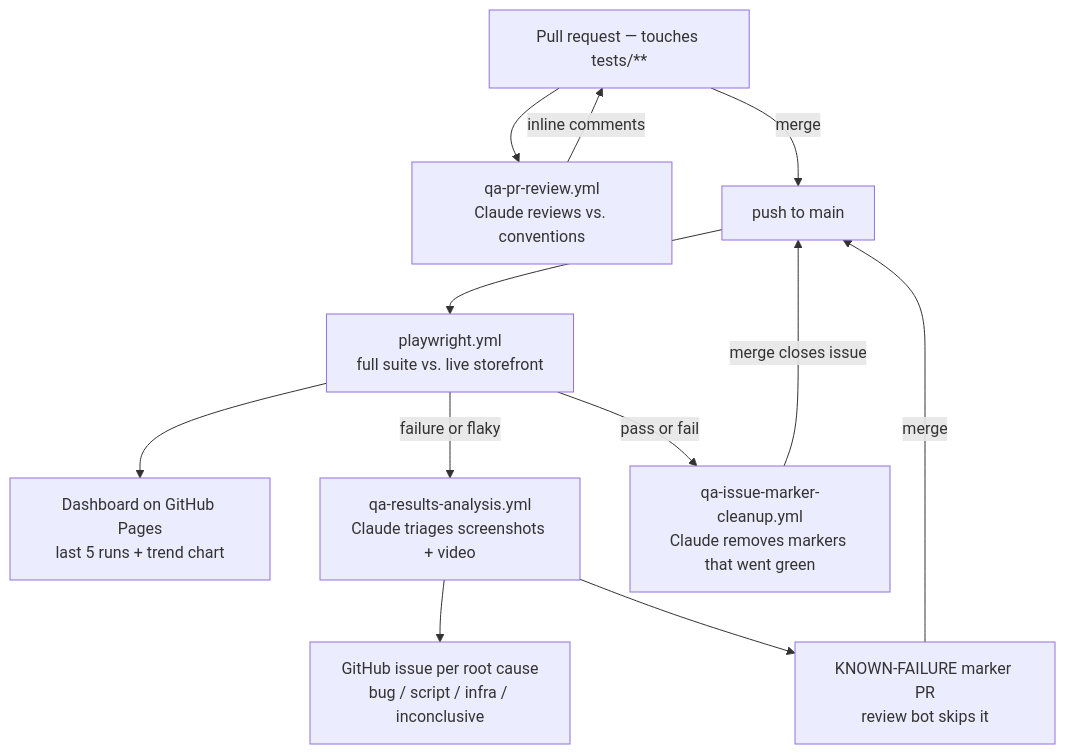
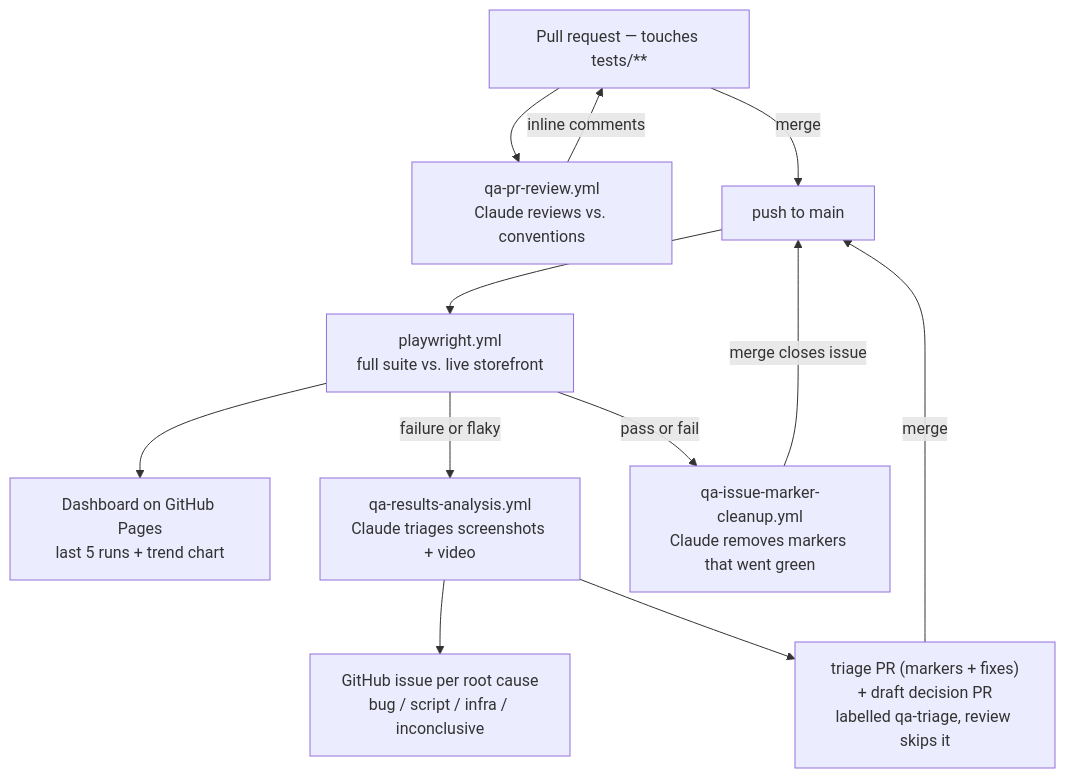
The diagram in README.md (MastahKitz/playwright-fullstack-test-framework), drawn with Mermaid before and after one commit. The commit also changed other lines of this file and 14 other files, not shown here.

````diff
--- a/README.md
+++ b/README.md
@@ -129,24 +129,24 @@
 ```mermaid
 flowchart TD
     PR["Pull request — touches tests/**"]
     Review["qa-pr-review.yml<br/>Claude reviews vs. conventions"]
     Main["push to main"]
     Run["playwright.yml<br/>full suite vs. live storefront"]
     Dash["Dashboard on GitHub Pages<br/>last 5 runs + trend chart"]
     Triage["qa-results-analysis.yml<br/>Claude triages screenshots + video"]
     Issue["GitHub issue per root cause<br/>bug / script / infra / inconclusive"]
-    Marker["KNOWN-FAILURE marker PR<br/>review bot skips it"]
+    Marker["triage PR (markers + fixes)<br/>+ draft decision PR<br/>labelled qa-triage, review skips it"]
     Cleanup["qa-issue-marker-cleanup.yml<br/>Claude removes markers that went green"]
 
     PR --> Review
     Review -->|inline comments| PR
     PR -->|merge| Main
     Main --> Run
     Run --> Dash
     Run -->|failure or flaky| Triage
     Triage --> Issue
     Triage --> Marker
     Marker -->|merge| Main
     Run -->|pass or fail| Cleanup
     Cleanup -->|merge closes issue| Main
 ```
````
